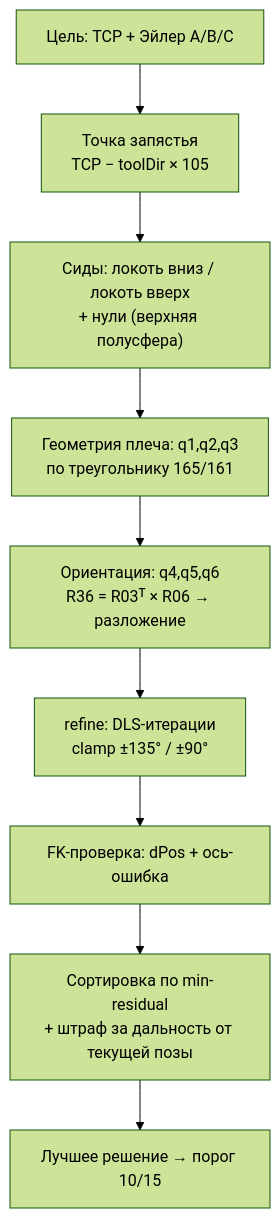
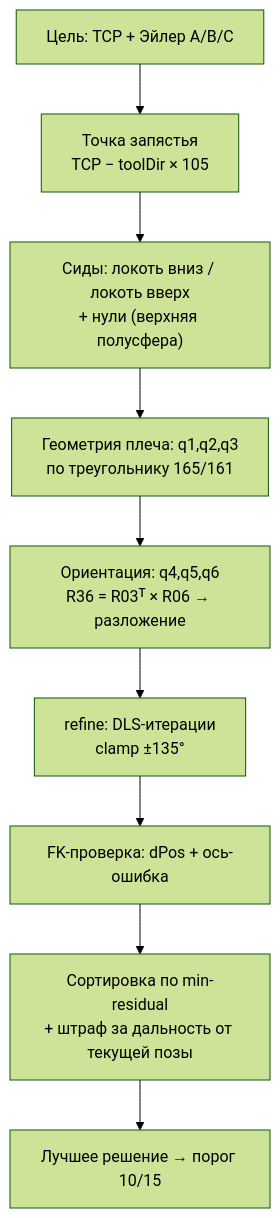
The second of 2 diagrams in docs/FLOW.md (SpellcasterMom/test), drawn with Mermaid (forest theme) before and after one commit. The commit also changed 6 other files, not shown here.

````diff
--- a/docs/FLOW.md
+++ b/docs/FLOW.md
@@ -35,11 +35,11 @@
 ```mermaid
 flowchart TD
     T["Цель: TCP + Эйлер A/B/C"] --> W["Точка запястья<br/>TCP − toolDir × 105"]
     W --> SEED["Сиды: локоть вниз / локоть вверх<br/>+ нули (верхняя полусфера)"]
     SEED --> GEO["Геометрия плеча: q1,q2,q3<br/>по треугольнику 165/161"]
     GEO --> WR["Ориентация: q4,q5,q6<br/>R36 = R03ᵀ × R06 → разложение"]
-    WR --> DLS["refine: DLS-итерации<br/>clamp ±135° / ±90°"]
+    WR --> DLS["refine: DLS-итерации<br/>clamp ±135°"]
     DLS --> FK["FK-проверка: dPos + ось-ошибка"]
     FK --> SORT["Сортировка по min-residual<br/>+ штраф за дальность от текущей позы"]
     SORT --> BEST["Лучшее решение → порог 10/15"]
 ```
````
